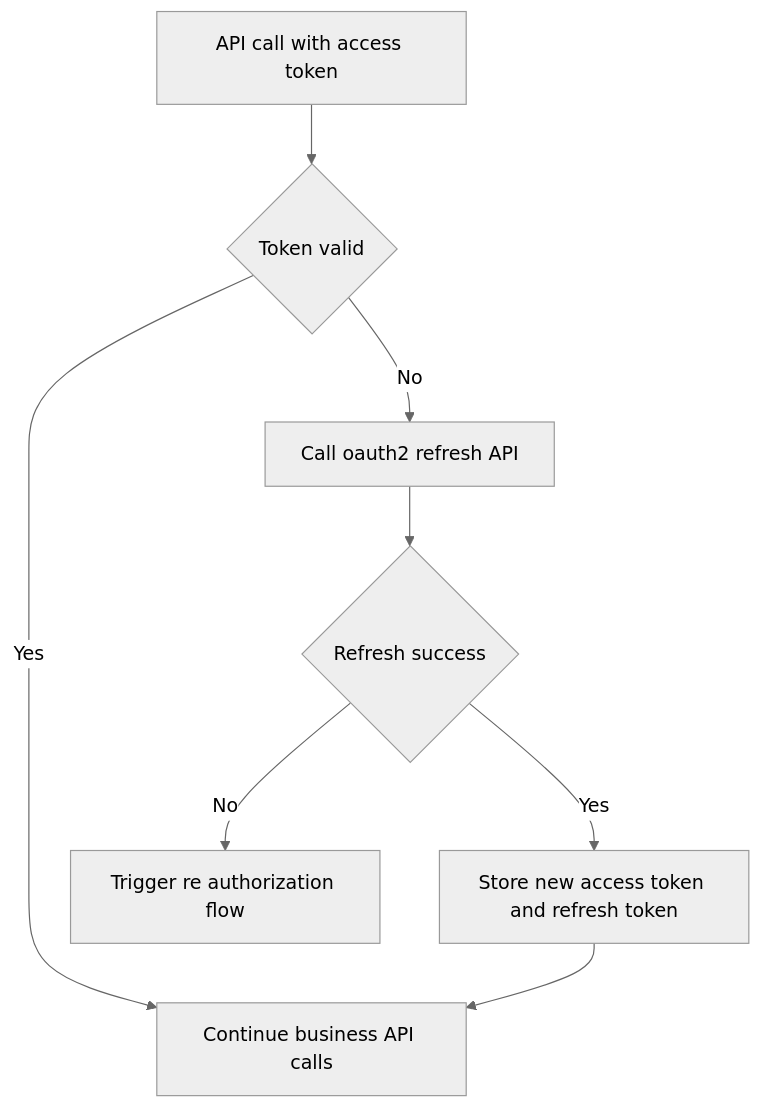
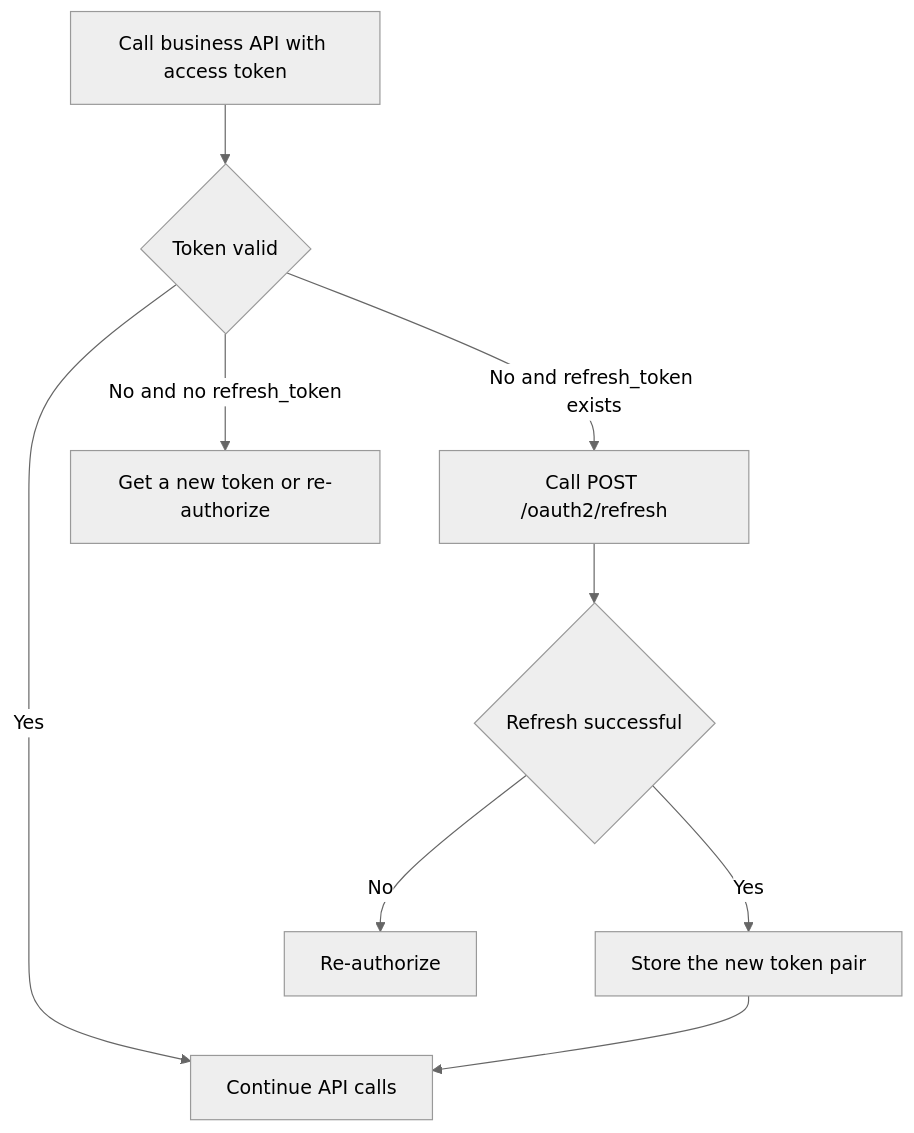
One commit to EugeneJian/growatt-unified-api changed the diagram in Growatt API/OPENAPI/03_api_refresh.md. Above: the diagram before and after it, drawn with Mermaid (neutral theme). The commit also changed other lines of this file and 26 other files, not shown here.

````diff
--- a/Growatt API/OPENAPI/03_api_refresh.md
+++ b/Growatt API/OPENAPI/03_api_refresh.md
@@ -16,11 +20,12 @@
 ```mermaid
 %% 本代码严格遵循AI生成Mermaid代码的终极准则v4.1（Mermaid终极大师）
 flowchart TD
-    A["API call with access token"] --> B{"Token valid"}
-    B -->|"Yes"| C["Continue business API calls"]
-    B -->|"No"| D["Call oauth2 refresh API"]
-    D --> E{"Refresh success"}
-    E -->|"Yes"| F["Store new access token and refresh token"]
-    F --> C
-    E -->|"No"| G["Trigger re authorization flow"]
+    A["Call business API with access token"] --> B{"Token valid"}
+    B -->|"Yes"| C["Continue API calls"]
+    B -->|"No and refresh_token exists"| D["Call POST /oauth2/refresh"]
+    B -->|"No and no refresh_token"| E["Get a new token or re-authorize"]
+    D --> F{"Refresh successful"}
+    F -->|"Yes"| G["Store the new token pair"]
+    F -->|"No"| H["Re-authorize"]
+    G --> C
 ```
````
